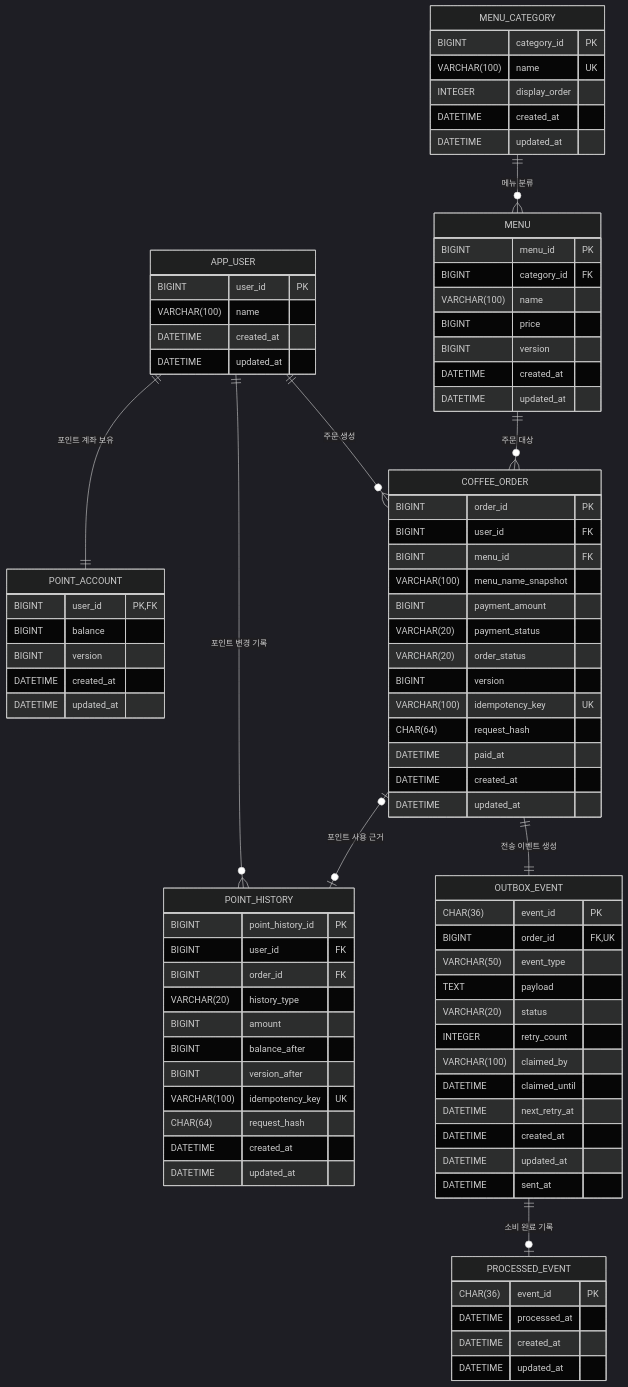
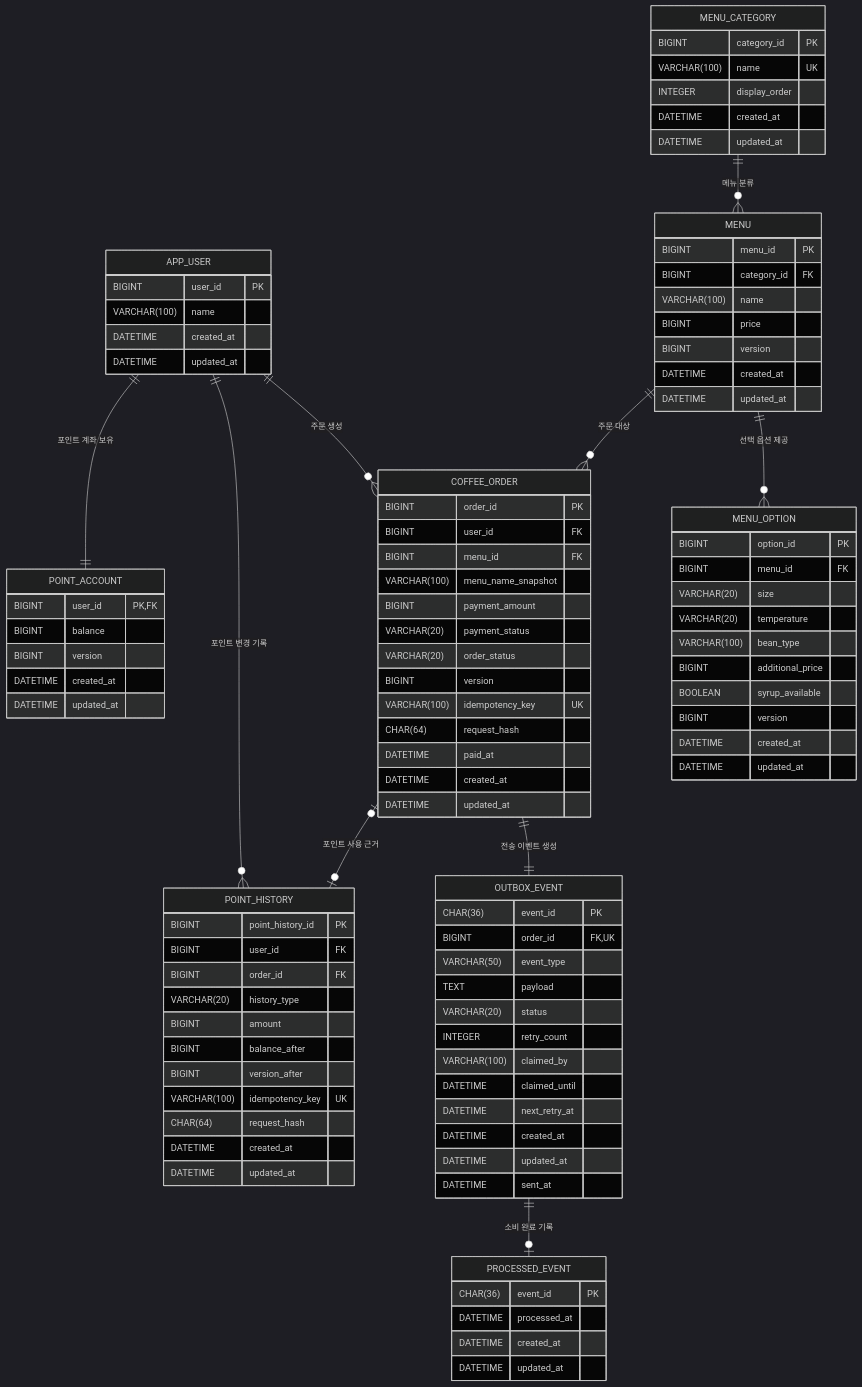
One commit to hwang67120-bit/K------- changed the diagram in README.md. Above: the diagram before and after it, drawn with Mermaid (dark theme). The commit also changed other lines of this file and 17 other files, not shown here.

```diff
--- a/README.md
+++ b/README.md
@@ -337,6 +374,7 @@
     APP_USER ||--o{ COFFEE_ORDER : "주문 생성"
     MENU_CATEGORY ||--o{ MENU : "메뉴 분류"
     MENU ||--o{ COFFEE_ORDER : "주문 대상"
+    MENU ||--o{ MENU_OPTION : "선택 옵션 제공"
     COFFEE_ORDER o|--o| POINT_HISTORY : "포인트 사용 근거"
     COFFEE_ORDER ||--|| OUTBOX_EVENT : "전송 이벤트 생성"
     OUTBOX_EVENT ||--o| PROCESSED_EVENT : "소비 완료 기록"
@@ -388,6 +426,19 @@
         DATETIME updated_at
     }
 
+    MENU_OPTION {
+        BIGINT option_id PK
+        BIGINT menu_id FK
+        VARCHAR(20) size
+        VARCHAR(20) temperature
+        VARCHAR(100) bean_type
+        BIGINT additional_price
+        BOOLEAN syrup_available
+        BIGINT version
+        DATETIME created_at
+        DATETIME updated_at
+    }
+
     COFFEE_ORDER {
         BIGINT order_id PK
         BIGINT user_id FK
```
